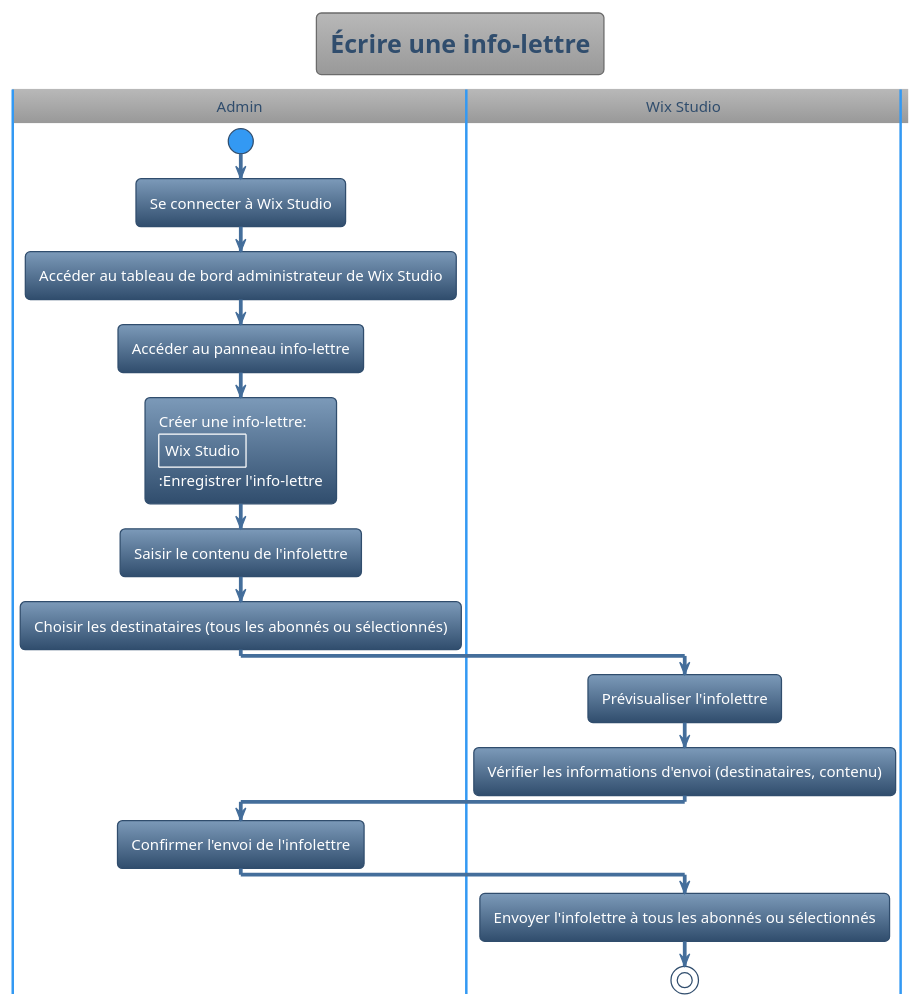
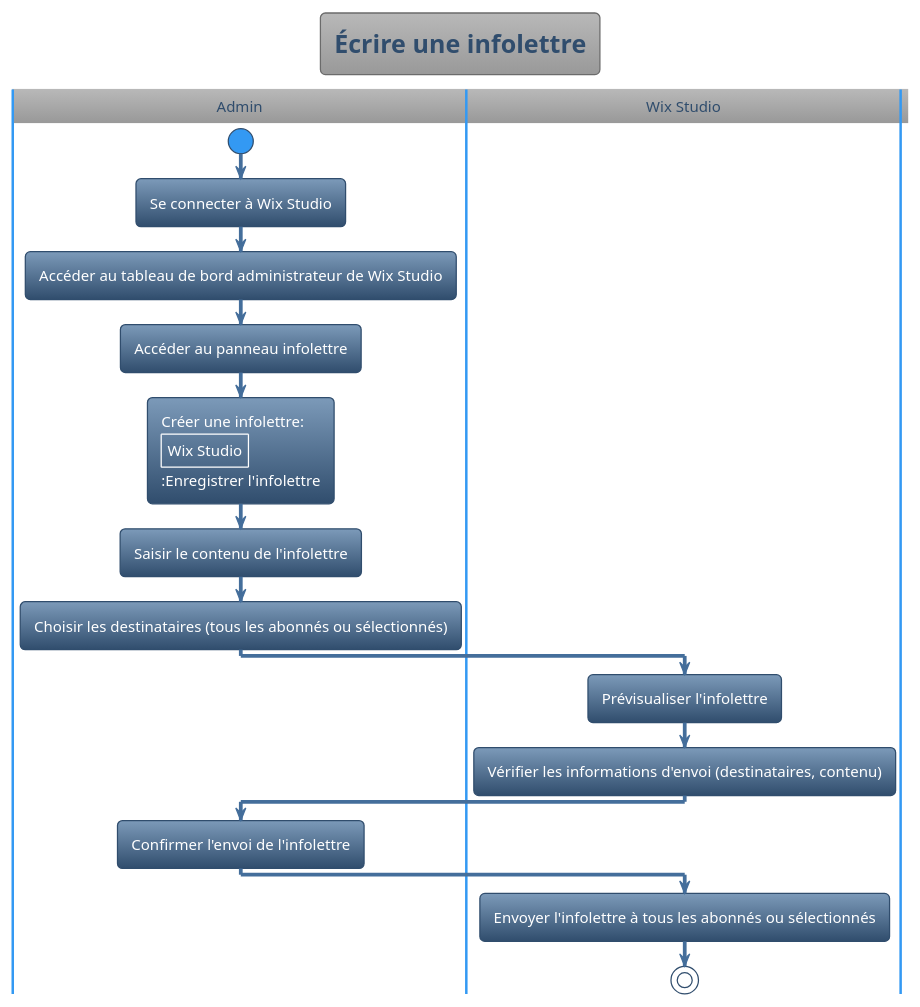
Before and after one commit to Jacob-Cossette/GTI510: the diagram in CU10_infollettre.puml, drawn with PlantUML. The commit also changed 19 other files, not shown here.

```diff
--- a/CU10_infollettre.puml
+++ b/CU10_infollettre.puml
@@ -1,23 +1,23 @@
 @startuml
 !theme spacelab
-title Écrire une info-lettre
+title Écrire une infolettre
 |Admin|
 start
 :Se connecter à Wix Studio;
 :Accéder au tableau de bord administrateur de Wix Studio;
-:Accéder au panneau info-lettre;
-:Créer une info-lettre:
+:Accéder au panneau infolettre;
+:Créer une infolettre:
 |Wix Studio|
-:Enregistrer l'info-lettre;
+:Enregistrer l'infolettre;
 |Admin|
 :Saisir le contenu de l'infolettre;
 :Choisir les destinataires (tous les abonnés ou sélectionnés);
 |Wix Studio|
 :Prévisualiser l'infolettre;
 :Vérifier les informations d'envoi (destinataires, contenu);
 |Admin|
 :Confirmer l'envoi de l'infolettre;
 |Wix Studio|
 :Envoyer l'infolettre à tous les abonnés ou sélectionnés;
 stop
 @enduml
```
